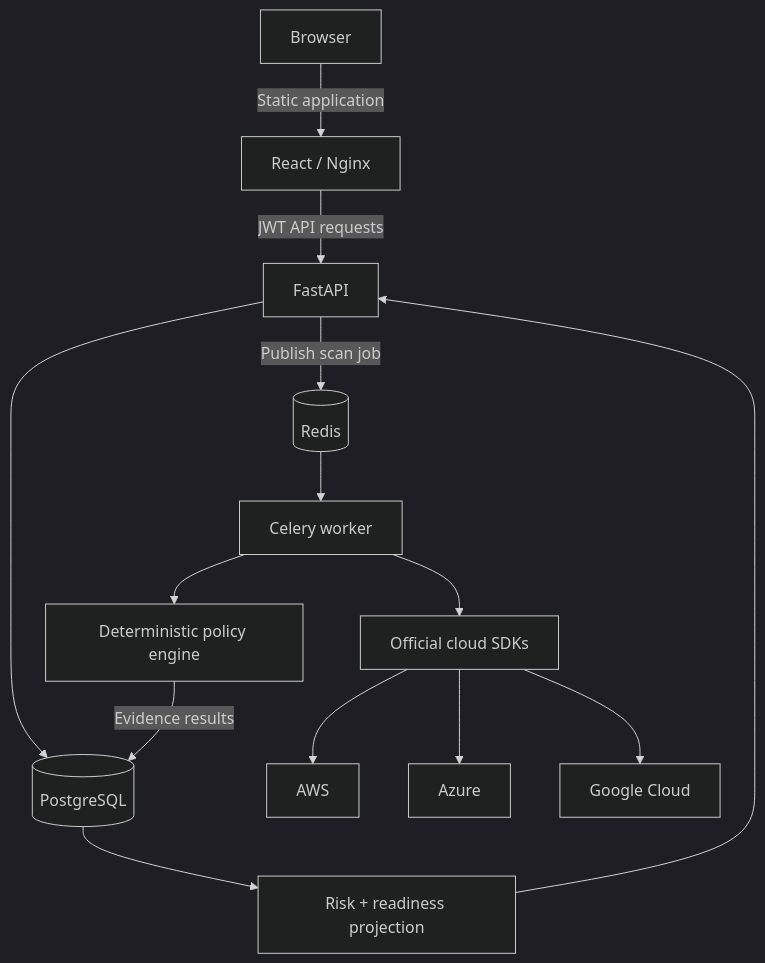
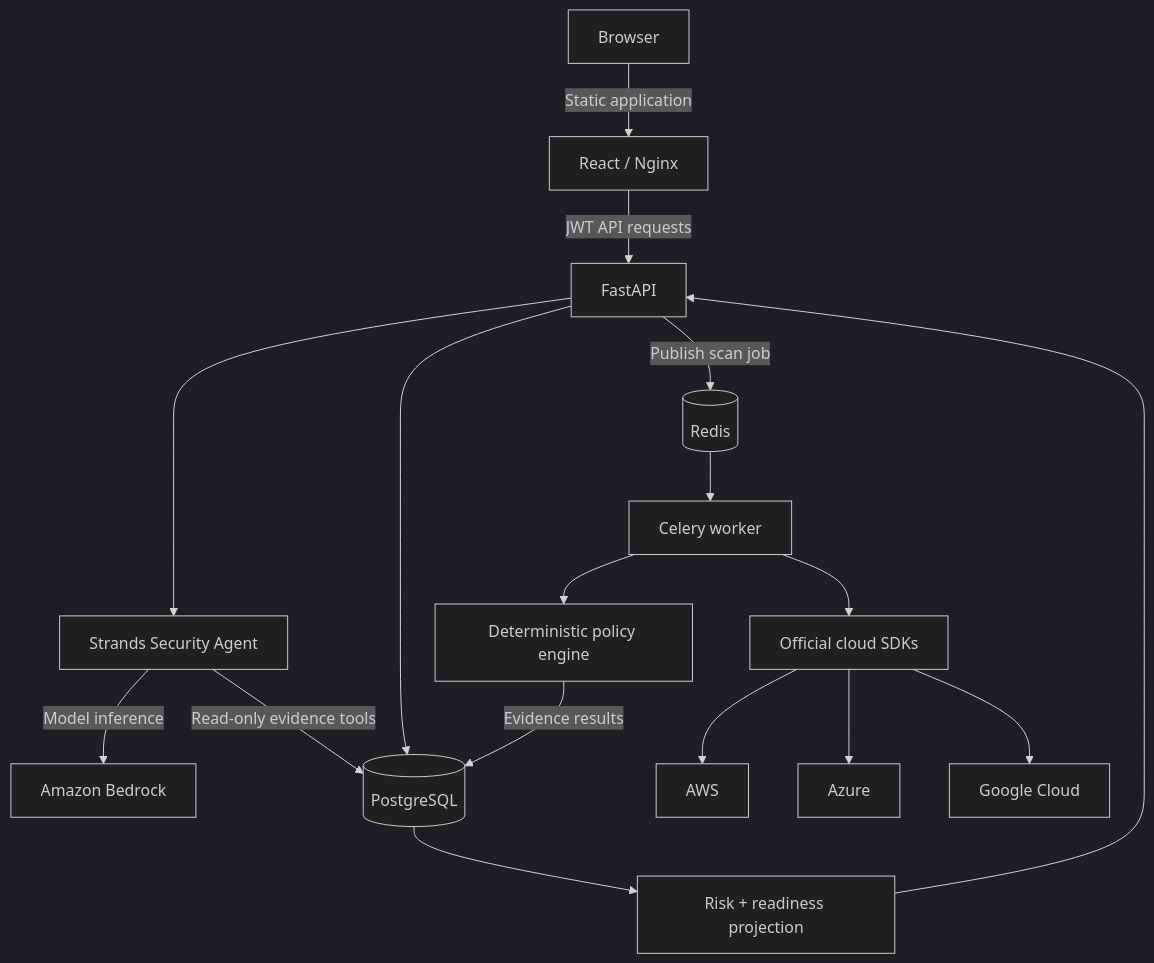
Before and after one commit to Faithchinenye12/cloud-policy-checker: the diagram in docs/ARCHITECTURE.md, drawn with Mermaid (dark theme). The commit also changed other lines of this file and 15 other files, not shown here.

Commit message:
Add grounded CloudConform Security Agent

````diff
--- a/docs/ARCHITECTURE.md
+++ b/docs/ARCHITECTURE.md
@@ -5,16 +5,19 @@
 ```mermaid
 flowchart TB
     User[Browser] -->|Static application| Frontend[React / Nginx]
     Frontend -->|JWT API requests| API[FastAPI]
+    API --> SecurityAgent[Strands Security Agent]
+    SecurityAgent -->|Model inference| Bedrock[Amazon Bedrock]
+    SecurityAgent -->|Read-only evidence tools| Postgres
     API --> Postgres[(PostgreSQL)]
     API -->|Publish scan job| Redis[(Redis)]
     Redis --> Worker[Celery worker]
     Worker --> Providers[Official cloud SDKs]
     Providers --> AWS[AWS]
     Providers --> Azure[Azure]
     Providers --> GCP[Google Cloud]
     Worker --> Engine[Deterministic policy engine]
     Engine -->|Evidence results| Postgres
     Postgres --> Projection[Risk + readiness projection]
     Projection --> API
 ```
````
